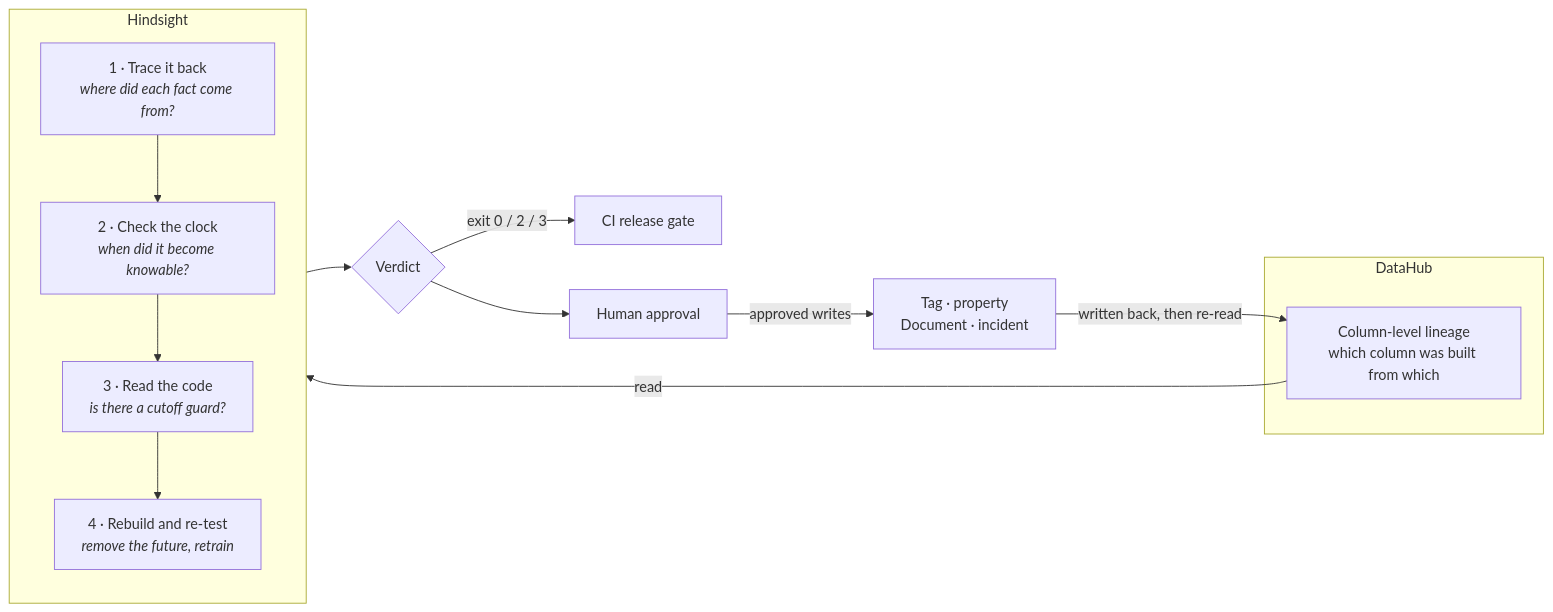
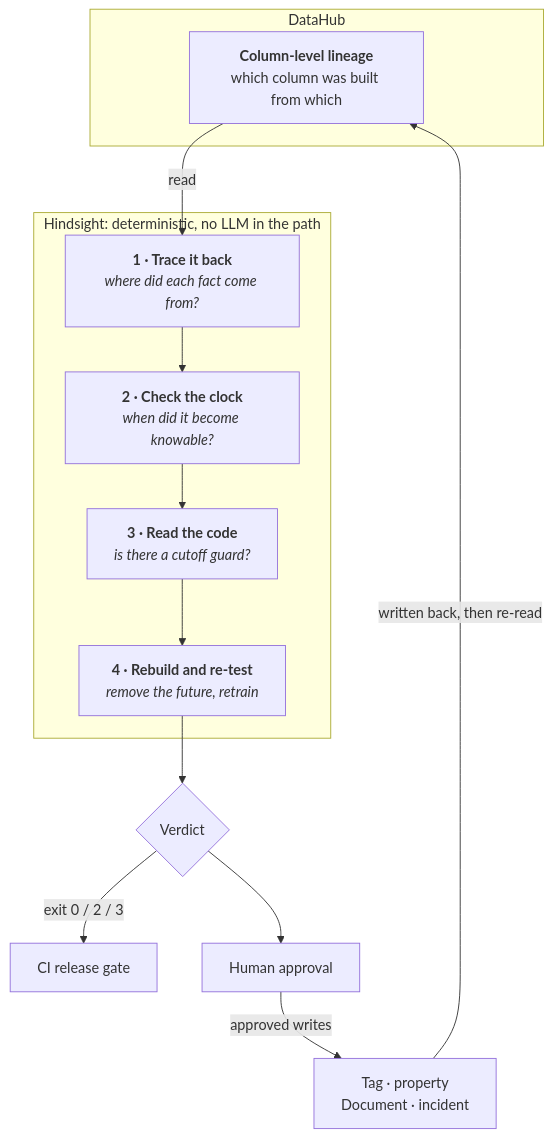
Before and after one commit to usv240/hindsight: the diagram in README.md, drawn with Mermaid. The commit also changed other lines of this file and 4 other files, not shown here.

````diff
--- a/README.md
+++ b/README.md
@@ -54,22 +58,21 @@
 ```mermaid
-flowchart LR
+flowchart TB
   subgraph DH["DataHub"]
-    L["Column-level lineage<br/>which column was built from which"]
+    L["<b>Column-level lineage</b><br/>which column was built from which"]
   end
 
-  subgraph HS["Hindsight"]
-    direction TB
-    A["1 · Trace it back<br/><i>where did each fact come from?</i>"]
-    B["2 · Check the clock<br/><i>when did it become knowable?</i>"]
-    C["3 · Read the code<br/><i>is there a cutoff guard?</i>"]
-    D["4 · Rebuild and re-test<br/><i>remove the future, retrain</i>"]
+  subgraph HS["Hindsight: deterministic, no LLM in the path"]
+    A["<b>1 · Trace it back</b><br/><i>where did each fact come from?</i>"]
+    B["<b>2 · Check the clock</b><br/><i>when did it become knowable?</i>"]
+    C["<b>3 · Read the code</b><br/><i>is there a cutoff guard?</i>"]
+    D["<b>4 · Rebuild and re-test</b><br/><i>remove the future, retrain</i>"]
     A --> B --> C --> D
   end
 
-  L -->|read| A
+  L -->|"read"| A
   D --> V{"Verdict"}
   V -->|"exit 0 / 2 / 3"| CI["CI release gate"]
   V --> HA["Human approval"]
   HA -->|"approved writes"| W["Tag · property<br/>Document · incident"]
   W -->|"written back, then re-read"| L
 ```
````
